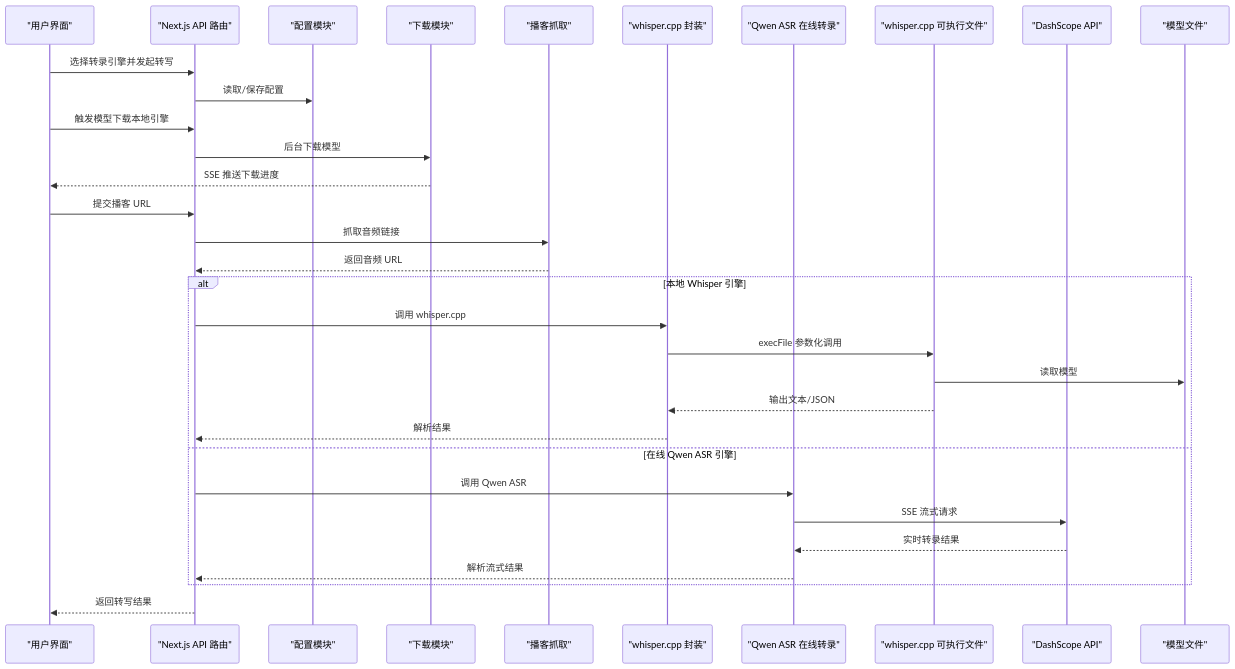
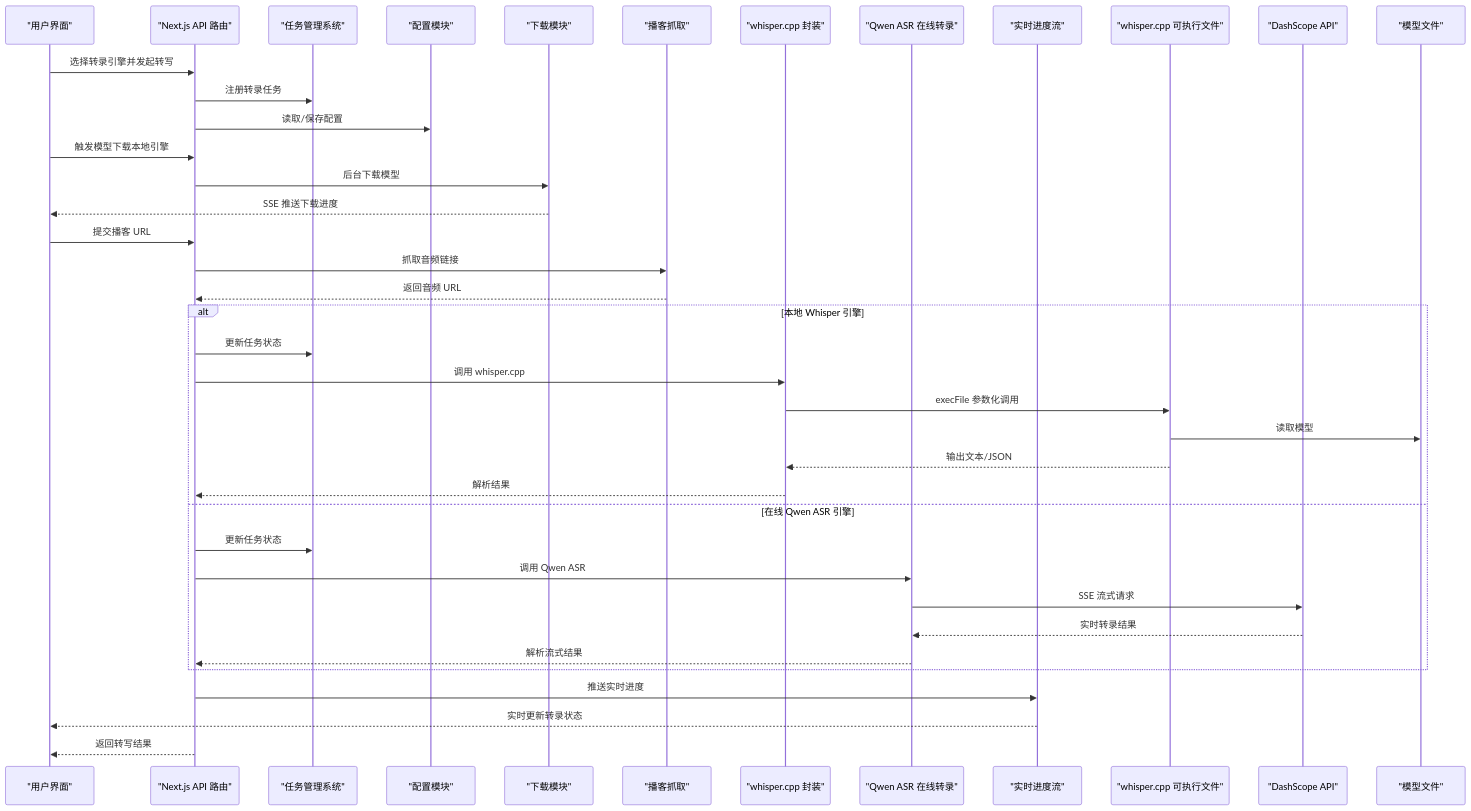
The second of 12 diagrams in .qoder/repowiki/zh/content/核心功能模块/语音识别引擎.md (clawbotai/memo-flow), drawn with Mermaid before and after one commit. The commit also changed other lines of this file and 18 other files, not shown here.

````diff
--- a/.qoder/repowiki/zh/content/核心功能模块/语音识别引擎.md
+++ b/.qoder/repowiki/zh/content/核心功能模块/语音识别引擎.md
@@ -128,34 +166,41 @@
 ```mermaid
 sequenceDiagram
 participant U as "用户界面"
 participant S as "Next.js API 路由"
+participant TM as "任务管理系统"
 participant C as "配置模块"
 participant D as "下载模块"
 participant P as "播客抓取"
 participant W as "whisper.cpp 封装"
 participant Q as "Qwen ASR 在线转录"
+participant ES as "实时进度流"
 participant E as "whisper.cpp 可执行文件"
 participant A as "DashScope API"
 participant M as "模型文件"
 U->>S : 选择转录引擎并发起转写
+S->>TM : 注册转录任务
 S->>C : 读取/保存配置
 U->>S : 触发模型下载本地引擎
 S->>D : 后台下载模型
 D-->>U : SSE 推送下载进度
 U->>S : 提交播客 URL
 S->>P : 抓取音频链接
 P-->>S : 返回音频 URL
 alt 本地 Whisper 引擎
+S->>TM : 更新任务状态
 S->>W : 调用 whisper.cpp
 W->>E : execFile 参数化调用
 E->>M : 读取模型
 E-->>W : 输出文本/JSON
 W-->>S : 解析结果
 else 在线 Qwen ASR 引擎
+S->>TM : 更新任务状态
 S->>Q : 调用 Qwen ASR
 Q->>A : SSE 流式请求
 A-->>Q : 实时转录结果
 Q-->>S : 解析流式结果
 end
+S->>ES : 推送实时进度
+ES-->>U : 实时更新转录状态
 S-->>U : 返回转写结果
 ```
````
